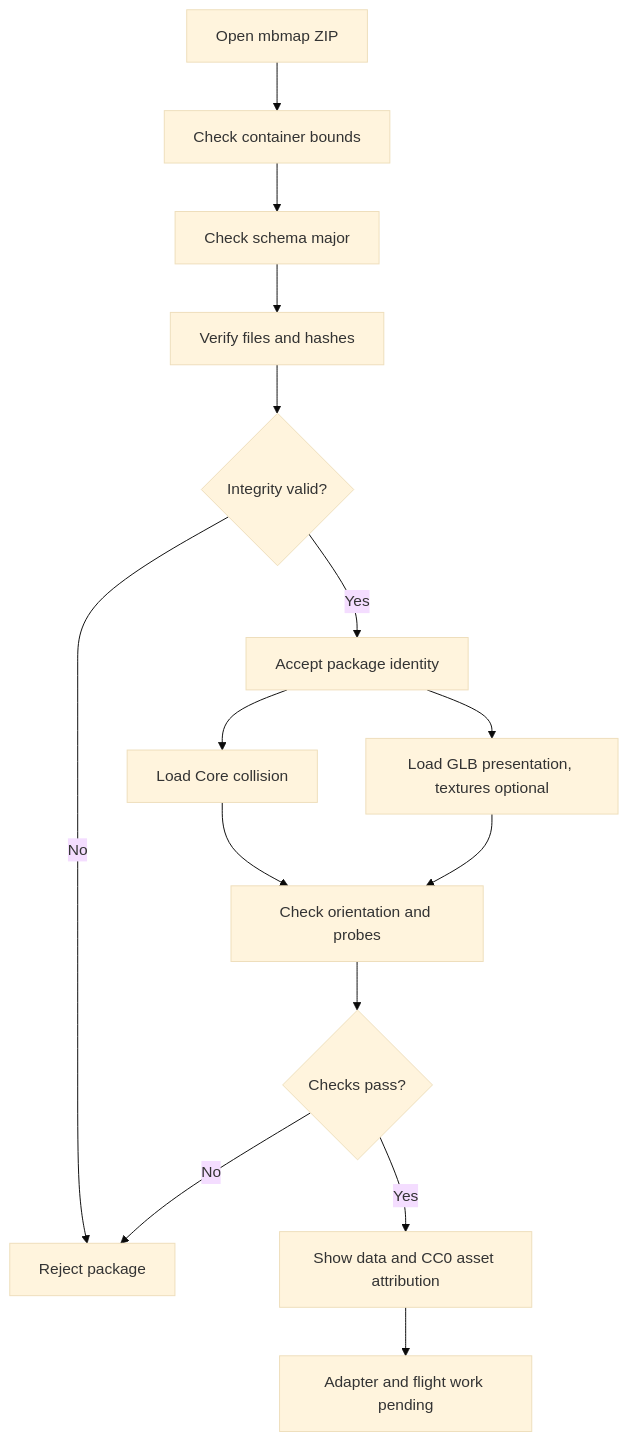
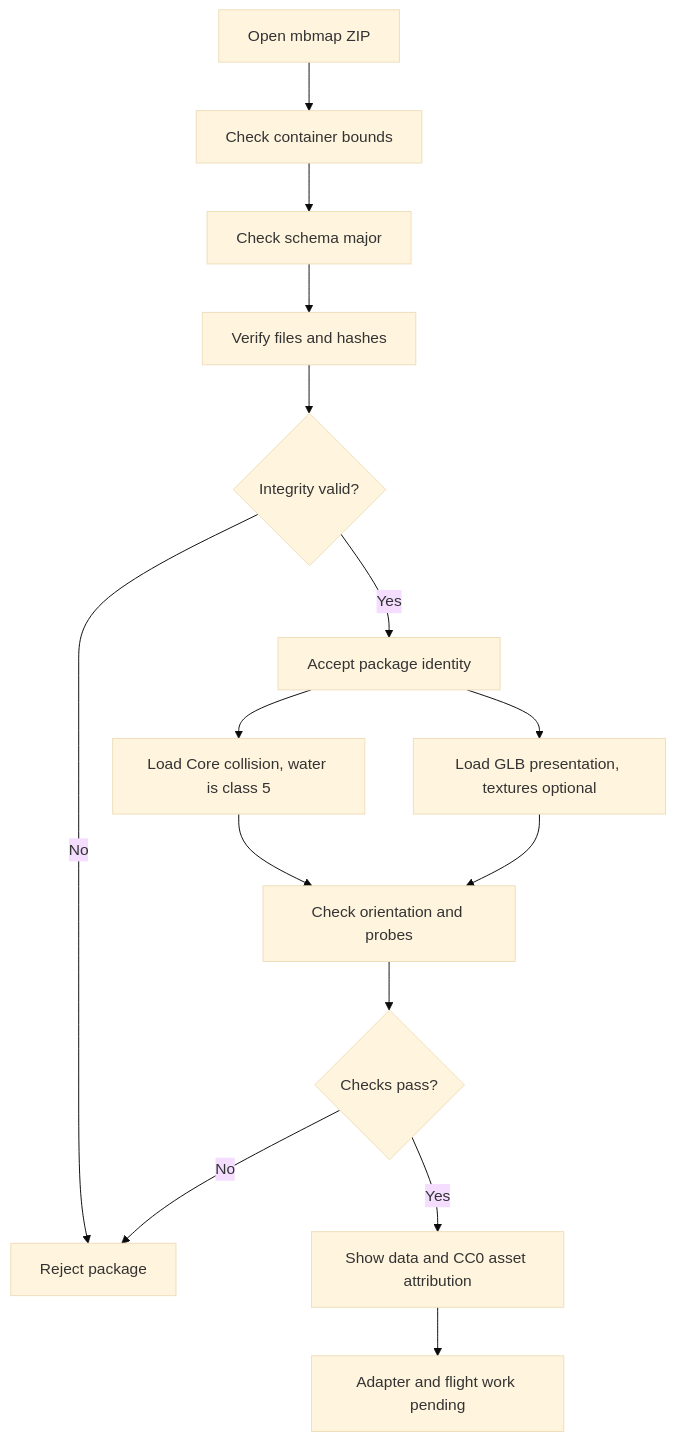
One commit to lingshf/map-builder changed the diagram in docs/flows/consumer.md. Above: the diagram before and after it, drawn with Mermaid (base theme). The commit also changed other lines of this file and 43 other files, not shown here.

````diff
--- a/docs/flows/consumer.md
+++ b/docs/flows/consumer.md
@@ -8,17 +10,17 @@
 ```mermaid
 flowchart TD
   A[Open mbmap ZIP] --> B[Check container bounds]
   B --> C[Check schema major]
   C --> D[Verify files and hashes]
   D --> E{Integrity valid?}
   E -->|No| F[Reject package]
   E -->|Yes| G[Accept package identity]
-  G --> H[Load Core collision]
+  G --> H[Load Core collision, water is class 5]
   G --> I[Load GLB presentation, textures optional]
   H --> J[Check orientation and probes]
   I --> J
   J --> K{Checks pass?}
   K -->|No| F
   K -->|Yes| L[Show data and CC0 asset attribution]
   L --> M[Adapter and flight work pending]
 ```
````
